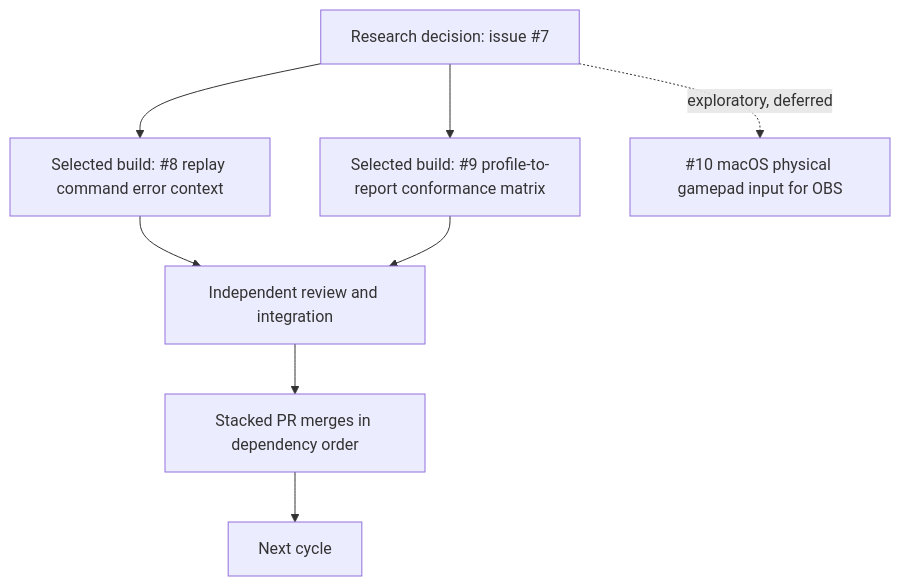
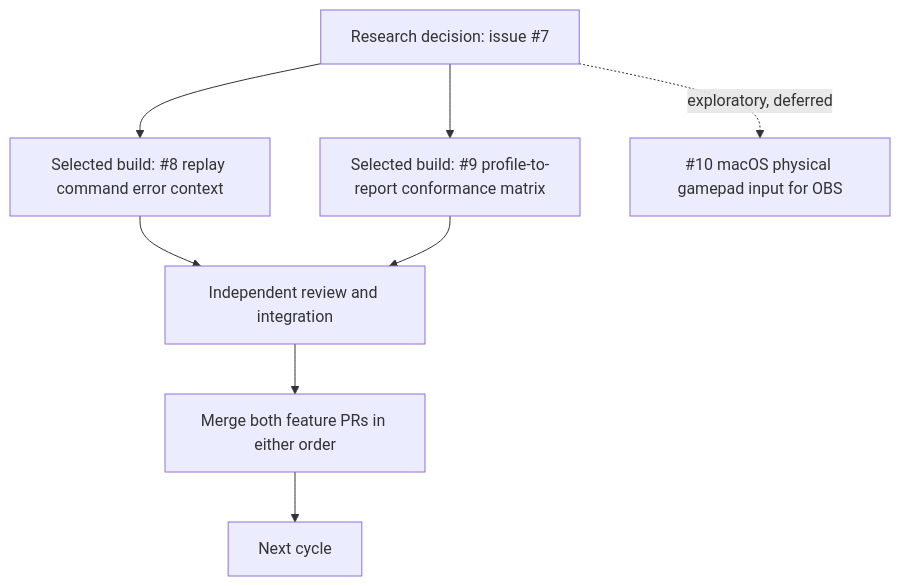
One commit to SYMBaiEX/OpenController changed the second of 2 diagrams in docs/roadmap/ai-gaming-opportunities.md. Above: the diagram before and after it, drawn with Mermaid. The commit also changed other lines of this file, not shown here.

Commit message:
docs: clarify Cycle 2 feature dependencies

````diff
--- a/docs/roadmap/ai-gaming-opportunities.md
+++ b/docs/roadmap/ai-gaming-opportunities.md
@@ -215,10 +215,10 @@
 ```mermaid
 flowchart TD
   R[Research decision: issue #7] --> A[Selected build: #8 replay command error context]
   R --> B[Selected build: #9 profile-to-report conformance matrix]
   R -. exploratory, deferred .-> C[#10 macOS physical gamepad input for OBS]
   A --> D[Independent review and integration]
   B --> D
-  D --> E[Stacked PR merges in dependency order]
+  D --> E[Merge both feature PRs in either order]
   E --> F[Next cycle]
 ```
````
